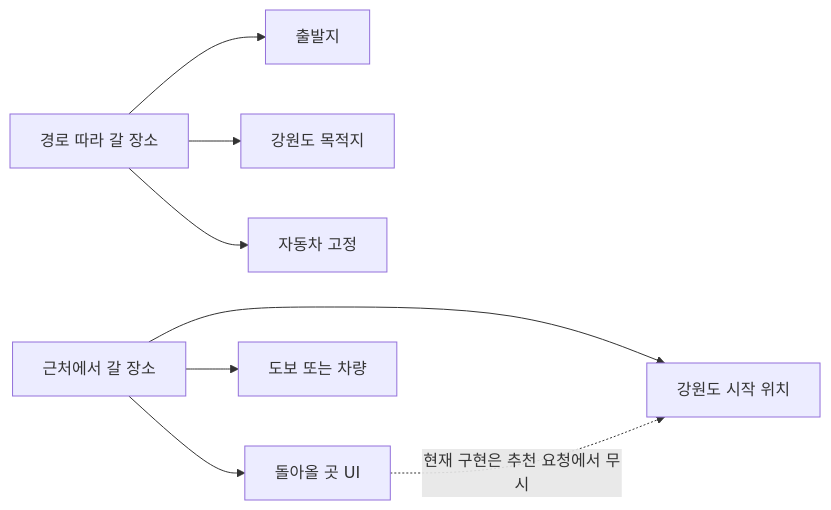
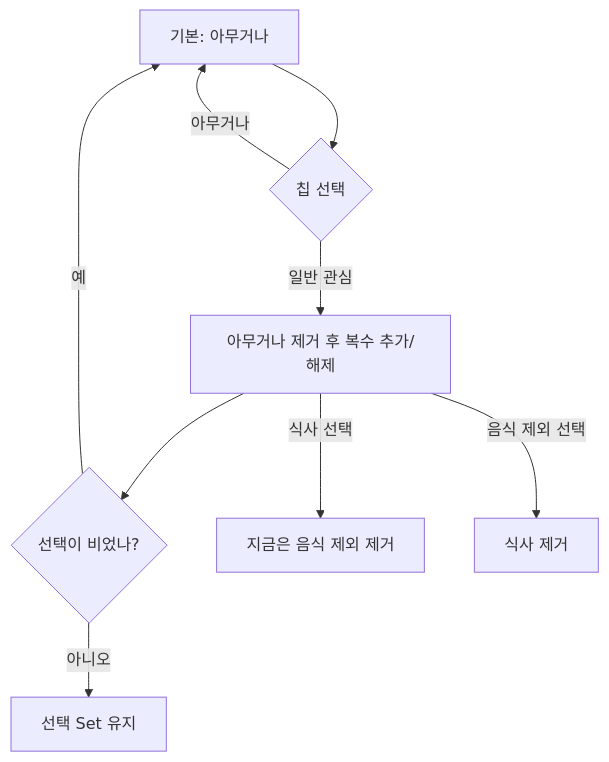
One commit to Newrred/tteumsae changed the third of 5 diagrams in docs/04_SCREEN_FLOWS.md. Above: the diagram before and after it, drawn with Mermaid. The commit also changed other lines of this file and 21 other files, not shown here.

Commit message:
Implement route discovery flow and discovery tab UI

````diff
--- a/docs/04_SCREEN_FLOWS.md
+++ b/docs/04_SCREEN_FLOWS.md
@@ -143,11 +149,11 @@
 ```mermaid
-flowchart LR
-    A["경로 따라 갈 장소"] --> B["출발지"]
-    A --> C["강원도 목적지"]
-    A --> D["자동차 고정"]
-
-    E["근처에서 갈 장소"] --> F["강원도 시작 위치"]
-    E --> G["돌아올 곳 UI"]
-    E --> H["도보 또는 차량"]
-    G -.->|"현재 구현은 추천 요청에서 무시"| F
+flowchart TD
+    A["기본: 아무거나"] --> B{"칩 선택"}
+    B -->|"아무거나"| A
+    B -->|"일반 관심"| C["아무거나 제거 후 복수 추가/해제"]
+    C --> D{"선택이 비었나?"}
+    D -->|"예"| A
+    D -->|"아니오"| E["선택 Set 유지"]
+    C -->|"식사 선택"| F["지금은 음식 제외 제거"]
+    C -->|"음식 제외 선택"| G["식사 제거"]
 ```
````
